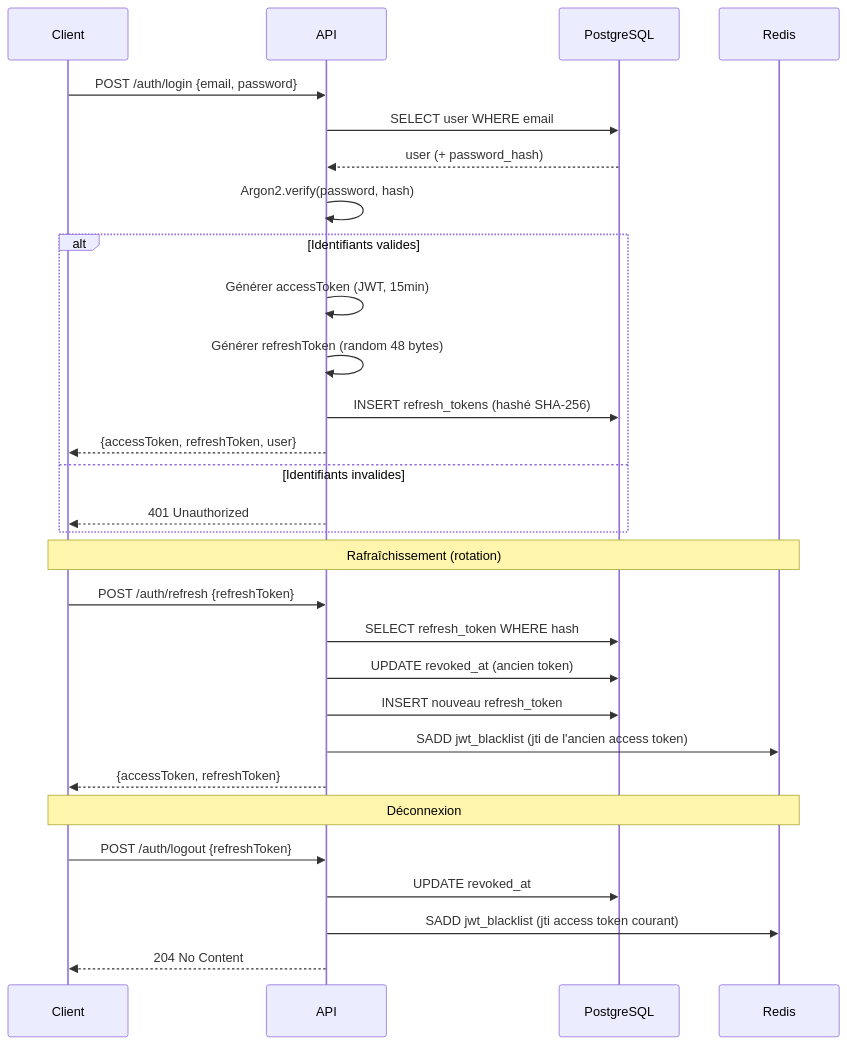
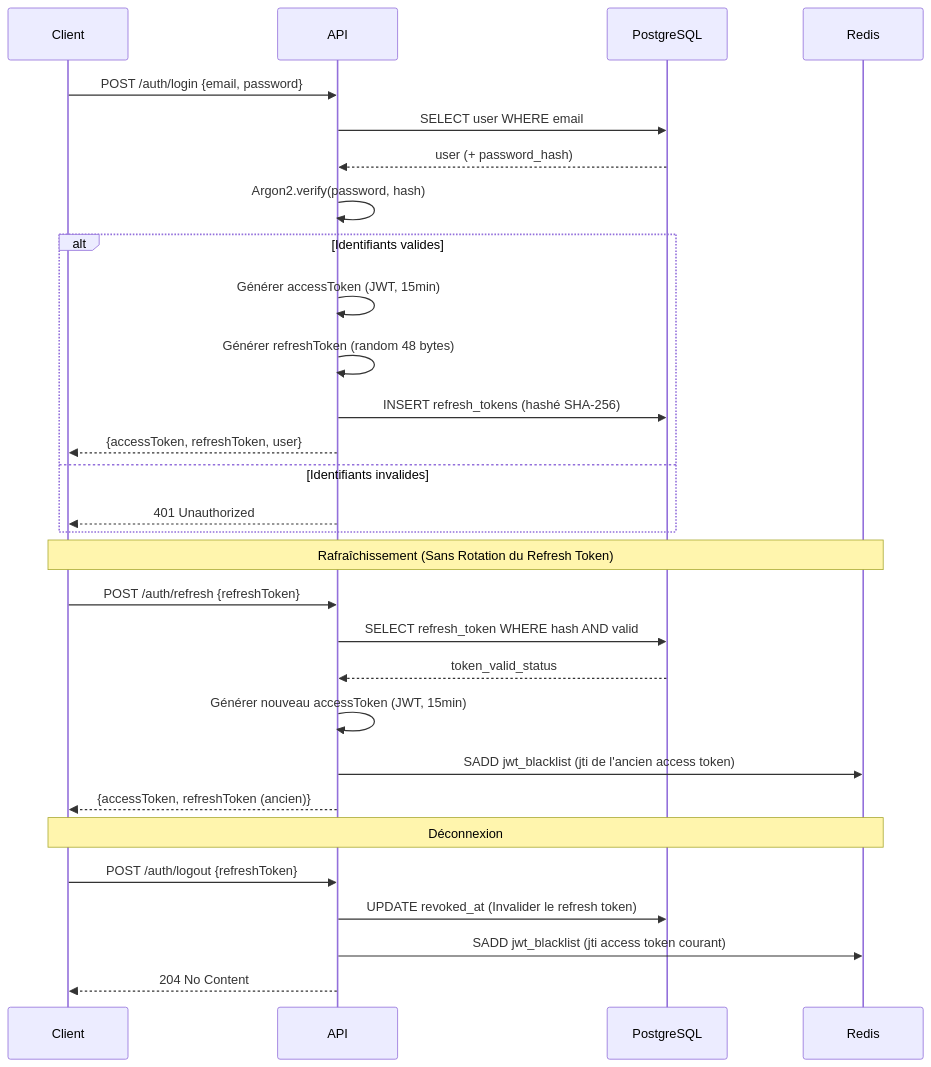
The second of 9 diagrams in docs/architecture-flows.md (enockmigjr/Test-Backend-Telecom), drawn with Mermaid before and after one commit. The commit also changed other lines of this file and 21 other files, not shown here.

````diff
--- a/docs/architecture-flows.md
+++ b/docs/architecture-flows.md
@@ -29,36 +29,36 @@
 ```mermaid
 sequenceDiagram
     participant Client
     participant API
     participant PostgreSQL
     participant Redis
 
     Client->>API: POST /auth/login {email, password}
     API->>PostgreSQL: SELECT user WHERE email
     PostgreSQL-->>API: user (+ password_hash)
     API->>API: Argon2.verify(password, hash)
     alt Identifiants valides
         API->>API: Générer accessToken (JWT, 15min)
         API->>API: Générer refreshToken (random 48 bytes)
         API->>PostgreSQL: INSERT refresh_tokens (hashé SHA-256)
         API-->>Client: {accessToken, refreshToken, user}
     else Identifiants invalides
         API-->>Client: 401 Unauthorized
     end
 
-    Note over Client,Redis: Rafraîchissement (rotation)
+    Note over Client,Redis: Rafraîchissement (Sans Rotation du Refresh Token)
 
     Client->>API: POST /auth/refresh {refreshToken}
-    API->>PostgreSQL: SELECT refresh_token WHERE hash
-    API->>PostgreSQL: UPDATE revoked_at (ancien token)
-    API->>PostgreSQL: INSERT nouveau refresh_token
+    API->>PostgreSQL: SELECT refresh_token WHERE hash AND valid
+    PostgreSQL-->>API: token_valid_status
+    API->>API: Générer nouveau accessToken (JWT, 15min)
     API->>Redis: SADD jwt_blacklist (jti de l'ancien access token)
-    API-->>Client: {accessToken, refreshToken}
+    API-->>Client: {accessToken, refreshToken (ancien)}
 
     Note over Client,Redis: Déconnexion
 
     Client->>API: POST /auth/logout {refreshToken}
-    API->>PostgreSQL: UPDATE revoked_at
+    API->>PostgreSQL: UPDATE revoked_at (Invalider le refresh token)
     API->>Redis: SADD jwt_blacklist (jti access token courant)
     API-->>Client: 204 No Content
 ```
````
